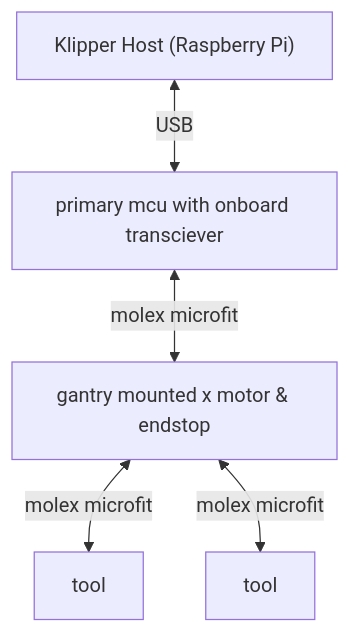
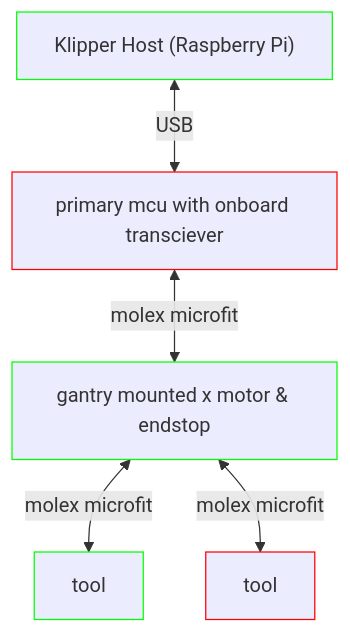
Before and after one commit to willpuckett/kb_can: the ninth of 9 diagrams in can.md, drawn with Mermaid. The commit also changed other lines of this file and 1 other file, not shown here.

````diff
--- a/can.md
+++ b/can.md
@@ -312,11 +361,15 @@
 ```mermaid
 graph TD;
-    sbc["Klipper Host (Raspberry Pi)"]
-    x[gantry mounted x motor & endstop]
-    t0[tool]
-    t1[tool]
-    primary["primary mcu with onboard transciever"]
+    classDef term stroke:#f00
+    classDef can stroke:#0f0
+    classDef nc stroke:#00f
+
+    sbc["Klipper Host (Raspberry Pi)"]:::can
+    x[gantry mounted x motor & endstop]:::can
+    t0[tool]:::can
+    t1[tool]:::term
+    primary["primary mcu with onboard transciever"]:::term
 
     sbc <--USB--> primary <--molex microfit--> x 
     x <--molex microfit--> t0 & t1
 ```
````
